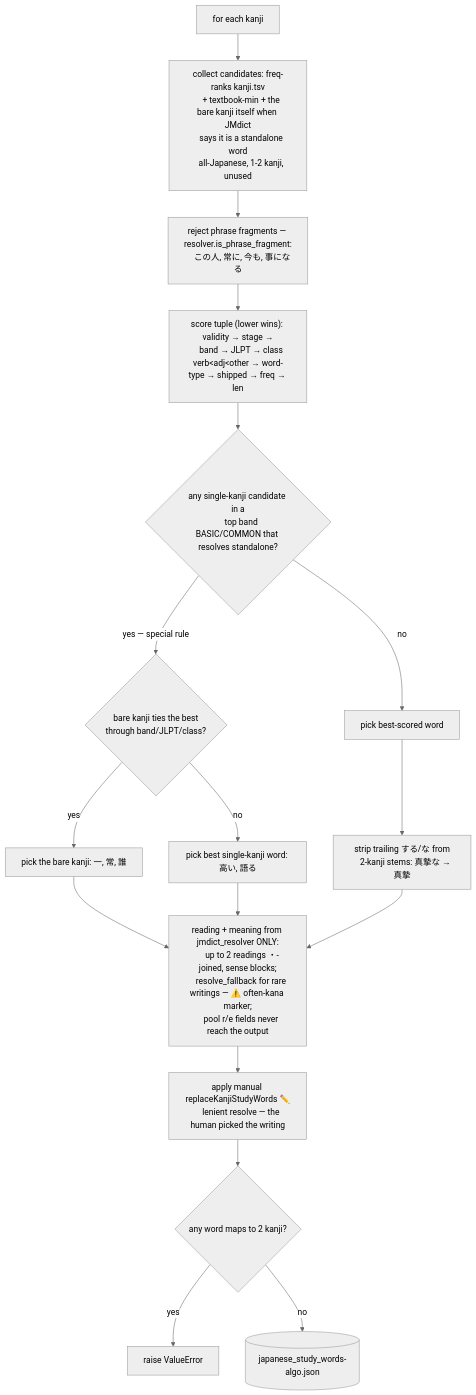
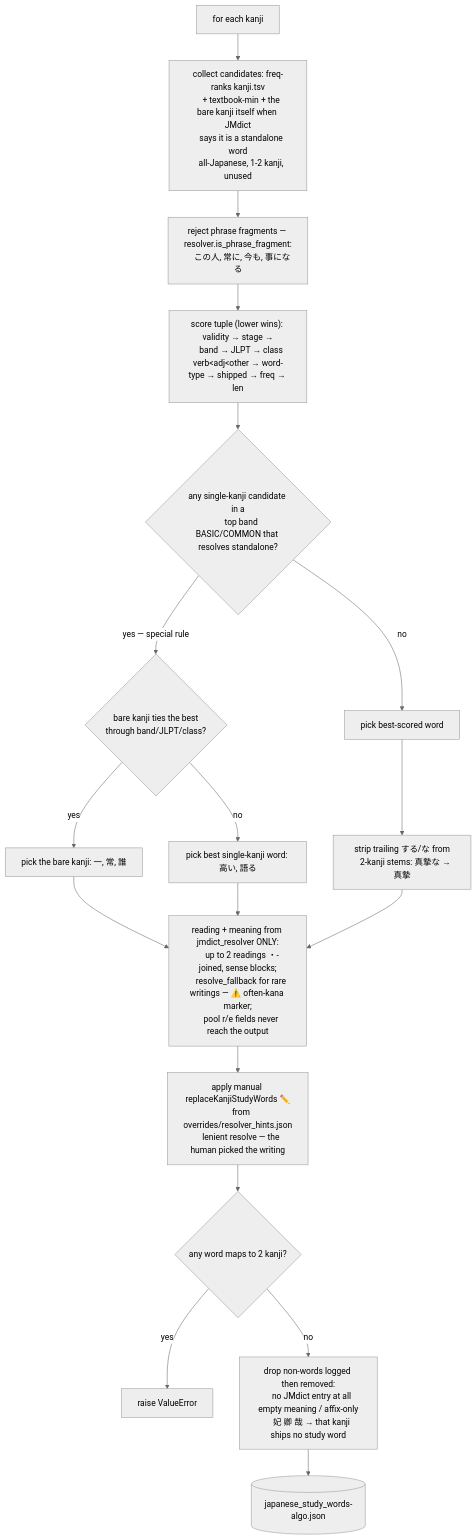
Before and after one commit to PikaPikaGems/kanji-heatmap-data: the fourth of 7 diagrams in notes/flowchart.md, drawn with Mermaid (neutral theme). The commit also changed other lines of this file and 13 other files, not shown here.

````diff
--- a/notes/flowchart.md
+++ b/notes/flowchart.md
@@ -189,31 +187,35 @@
 ```mermaid
 flowchart TD
     K[for each kanji] --> C[collect candidates: freq-ranks kanji.tsv
     + textbook-min + the bare kanji itself when JMdict
     says it is a standalone word
     all-Japanese, 1-2 kanji, unused]
     C --> F[reject phrase fragments — resolver.is_phrase_fragment:
     この人, 常に, 今も, 事になる]
     F --> SC["score tuple (lower wins): validity → stage →
     band → JLPT → class verb&lt;adj&lt;other → word-type → shipped → freq → len"]
     SC --> SR{any single-kanji candidate in a
     top band BASIC/COMMON that resolves standalone?}
     SR -- "yes — special rule" --> BT{bare kanji ties the best
     through band/JLPT/class?}
     BT -- yes --> PICKBARE[pick the bare kanji: 一, 常, 誰]
     BT -- no --> PICKONE[pick best single-kanji word: 高い, 語る]
     SR -- no --> PICK[pick best-scored word]
     PICK --> STRIP[strip trailing する/な from
     2-kanji stems: 真摯な → 真摯]
     PICKBARE --> RES
     PICKONE --> RES
     STRIP --> RES[reading + meaning from jmdict_resolver ONLY:
     up to 2 readings ・-joined, sense blocks;
     resolve_fallback for rare writings — ⚠️ often-kana marker;
     pool r/e fields never reach the output]
     RES --> MAN[apply manual replaceKanjiStudyWords ✏️
+    from overrides/resolver_hints.json
     lenient resolve — the human picked the writing]
     MAN --> DUP{any word maps to 2 kanji?}
     DUP -- yes --> ERR[raise ValueError]
-    DUP -- no --> OUT[(japanese_study_words-algo.json)]
+    DUP -- no --> DROP[drop non-words logged then removed:
+    no JMdict entry at all empty meaning / affix-only
+    妃 卿 哉 → that kanji ships no study word]
+    DROP --> OUT[(japanese_study_words-algo.json)]
 ```
````
